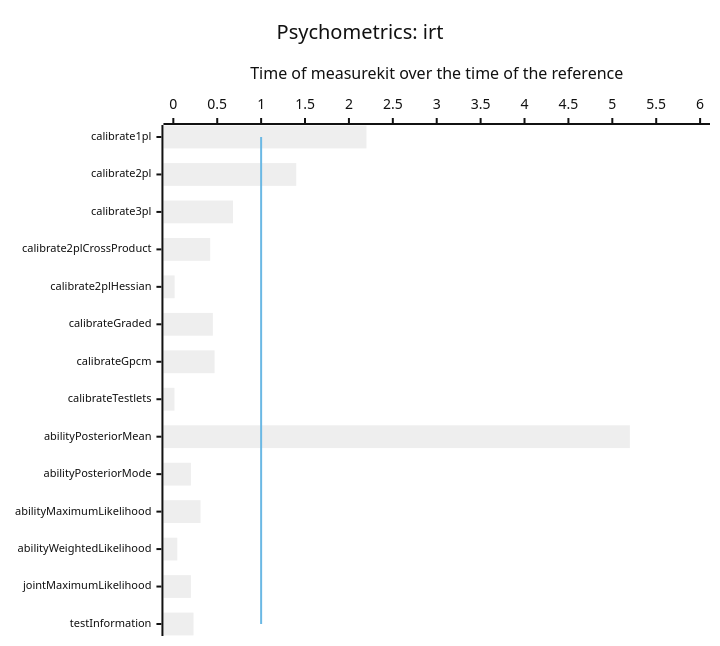
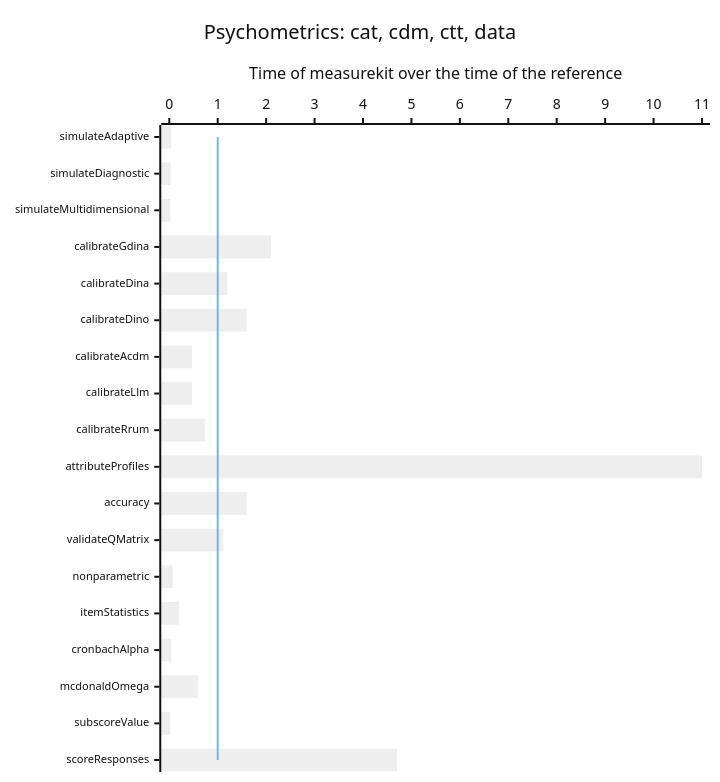
One commit to measurekit/measurekit changed the third of 11 diagrams in docs/performance.md. Above: the diagram before and after it, drawn with Mermaid (neutral theme). The commit also changed other lines of this file and 15 other files, not shown here.

````diff
--- a/docs/performance.md
+++ b/docs/performance.md
@@ -33,9 +33,9 @@
 ```mermaid
-%%{init: {"xyChart": {"height": 626, "xAxis": {"labelFontSize": 11}}}}%%
+%%{init: {"xyChart": {"height": 762, "xAxis": {"labelFontSize": 11}}}}%%
 xychart-beta horizontal
-  title "Psychometrics: irt"
-  x-axis ["calibrate1pl", "calibrate2pl", "calibrate3pl", "calibrate2plCrossProduct", "calibrate2plHessian", "calibrateGraded", "calibrateGpcm", "calibrateTestlets", "abilityPosteriorMean", "abilityPosteriorMode", "abilityMaximumLikelihood", "abilityWeightedLikelihood", "jointMaximumLikelihood", "testInformation"]
-  y-axis "Time of measurekit over the time of the reference" 0 --> 6
-  bar [2.2, 1.4, 0.68, 0.42, 0.015, 0.45, 0.47, 0.013, 5.2, 0.2, 0.31, 0.045, 0.2, 0.23]
-  line [1, 1, 1, 1, 1, 1, 1, 1, 1, 1, 1, 1, 1, 1]
+  title "Psychometrics: cat, cdm, ctt, data"
+  x-axis ["simulateAdaptive", "simulateDiagnostic", "simulateMultidimensional", "calibrateGdina", "calibrateDina", "calibrateDino", "calibrateAcdm", "calibrateLlm", "calibrateRrum", "attributeProfiles", "accuracy", "validateQMatrix", "nonparametric", "itemStatistics", "cronbachAlpha", "mcdonaldOmega", "subscoreValue", "scoreResponses"]
+  y-axis "Time of measurekit over the time of the reference" 0 --> 11
+  bar [0.04, 0.03, 0.025, 2.1, 1.2, 1.6, 0.47, 0.47, 0.74, 11, 1.6, 1.1, 0.068, 0.2, 0.041, 0.59, 0.02, 4.7]
+  line [1, 1, 1, 1, 1, 1, 1, 1, 1, 1, 1, 1, 1, 1, 1, 1, 1, 1]
 ```
````
